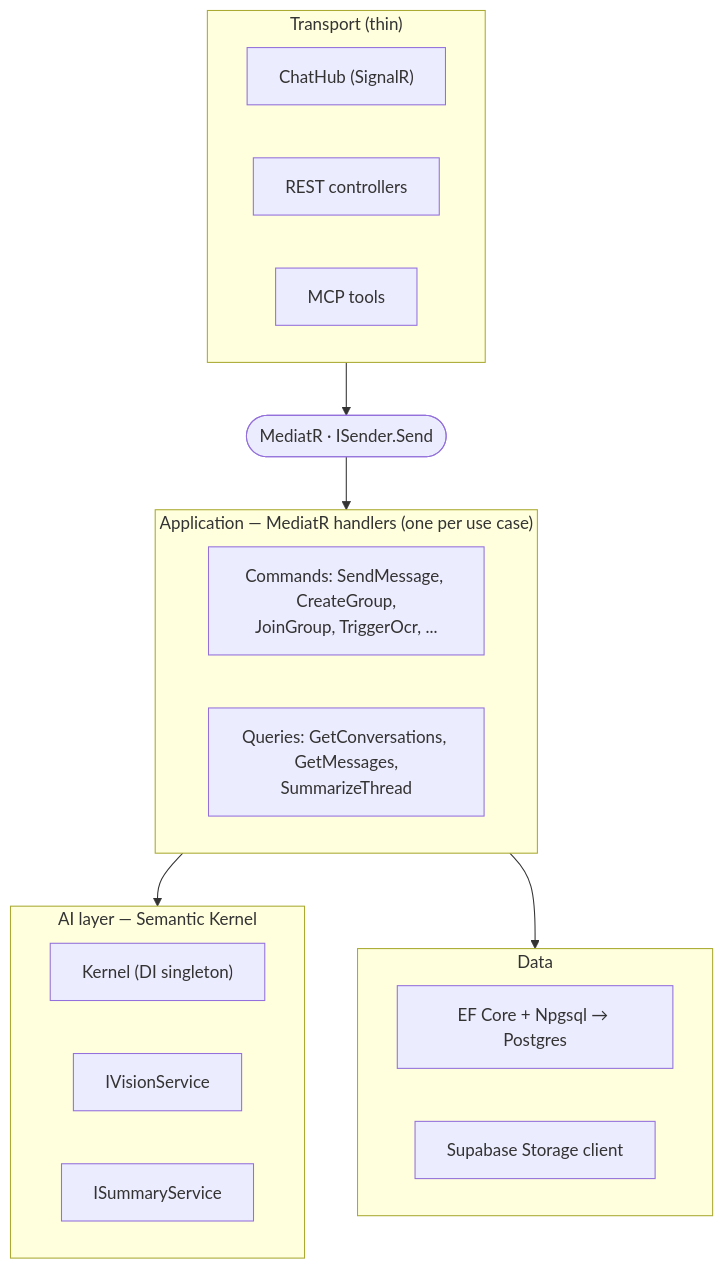
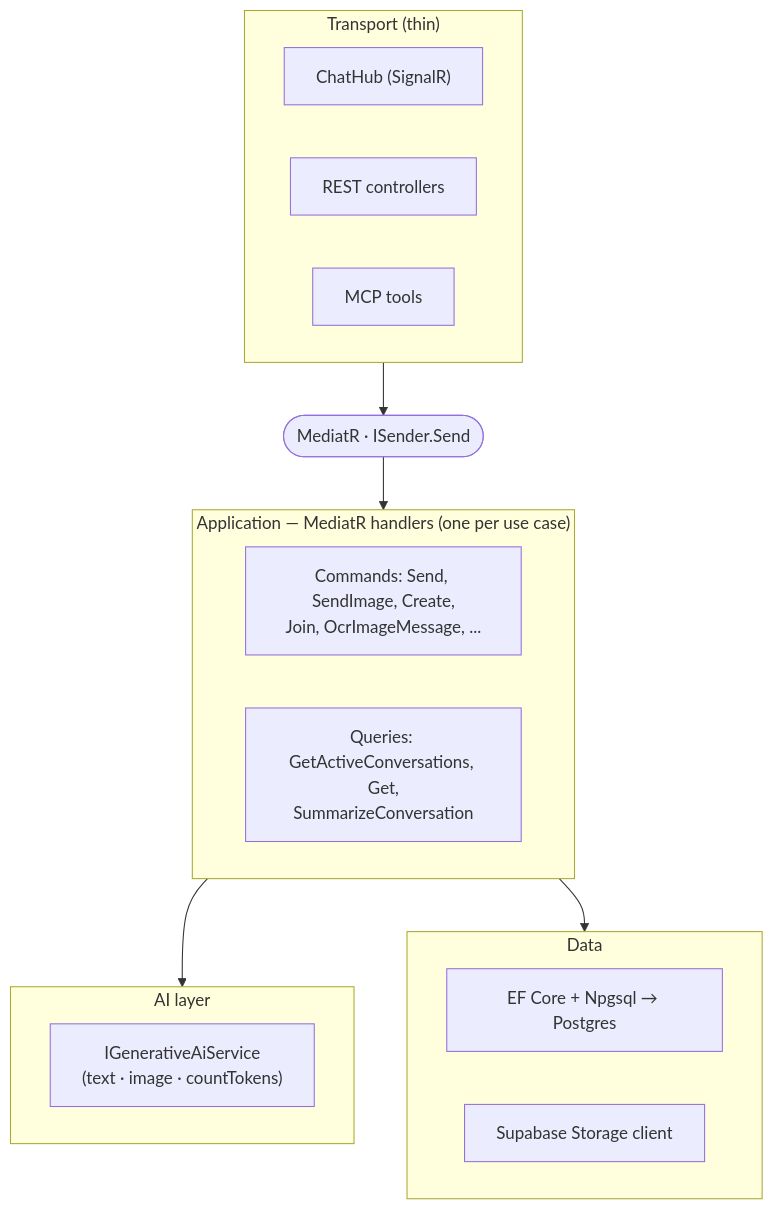
Before and after one commit to phanxuanquang/jetomax-assignment: the second of 6 diagrams in docs/backend-system-design-and-architecture.md, drawn with Mermaid. The commit also changed other lines of this file, not shown here.

````diff
--- a/docs/backend-system-design-and-architecture.md
+++ b/docs/backend-system-design-and-architecture.md
@@ -107,25 +107,23 @@
 ```mermaid
 flowchart TB
     subgraph T["Transport (thin)"]
         Hub["ChatHub (SignalR)"]
         Rest["REST controllers"]
         Mcp["MCP tools"]
     end
     Med(["MediatR · ISender.Send"])
     subgraph A["Application — MediatR handlers (one per use case)"]
-        Cmd["Commands: SendMessage, CreateGroup,<br/>JoinGroup, TriggerOcr, ..."]
-        Qry["Queries: GetConversations, GetMessages,<br/>SummarizeThread"]
+        Cmd["Commands: Send, SendImage, Create,<br/>Join, OcrImageMessage, ..."]
+        Qry["Queries: GetActiveConversations, Get,<br/>SummarizeConversation"]
     end
-    subgraph AI["AI layer — Semantic Kernel"]
-        Kern["Kernel (DI singleton)"]
-        Vis["IVisionService"]
-        Sum["ISummaryService"]
+    subgraph AI["AI layer"]
+        Gen["IGenerativeAiService<br/>(text · image · countTokens)"]
     end
     subgraph D["Data"]
         Ef["EF Core + Npgsql → Postgres"]
         Sto["Supabase Storage client"]
     end
     T --> Med --> A
     A --> AI
     A --> D
 ```
````
